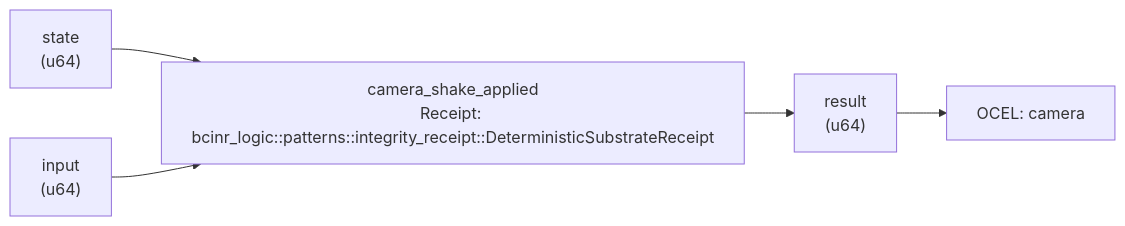
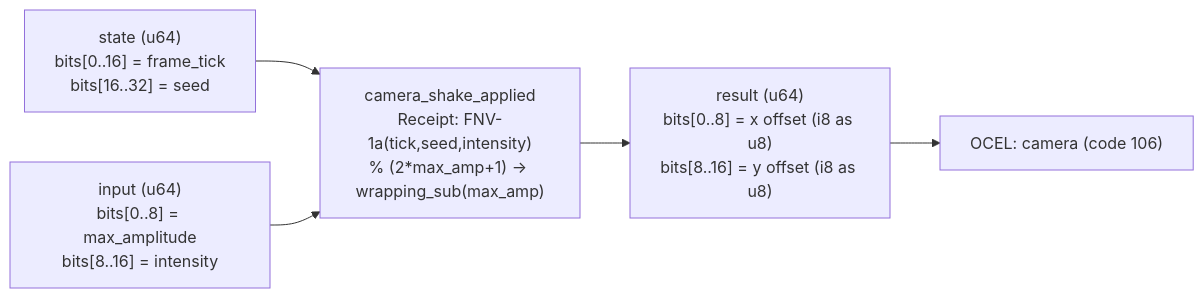
Before and after one commit to seanchatmangpt/bcinr: the diagram in crates/wasm4games/docs/patterns/camera_shake_applied.md, drawn with Mermaid. The commit also changed other lines of this file and 36 other files, not shown here.

````diff
--- a/crates/wasm4games/docs/patterns/camera_shake_applied.md
+++ b/crates/wasm4games/docs/patterns/camera_shake_applied.md
@@ -56,12 +38,12 @@
 ```mermaid
 graph LR
-    state["state\n(u64)"]
-    input["input\n(u64)"]
-    kernel["camera_shake_applied\nReceipt: bcinr_logic::patterns::integrity_receipt::DeterministicSubstrateReceipt"]
-    result["result\n(u64)"]
+    state["state (u64)\nbits[0..16] = frame_tick\nbits[16..32] = seed"]
+    input["input (u64)\nbits[0..8] = max_amplitude\nbits[8..16] = intensity"]
+    kernel["camera_shake_applied\nReceipt: FNV-1a(tick,seed,intensity)\n% (2*max_amp+1) → wrapping_sub(max_amp)"]
+    result["result (u64)\nbits[0..8] = x offset (i8 as u8)\nbits[8..16] = y offset (i8 as u8)"]
     state --> kernel
     input --> kernel
     kernel --> result
-    ocel_0["OCEL: camera"]
+    ocel_0["OCEL: camera (code 106)"]
     result --> ocel_0
 ```
````
